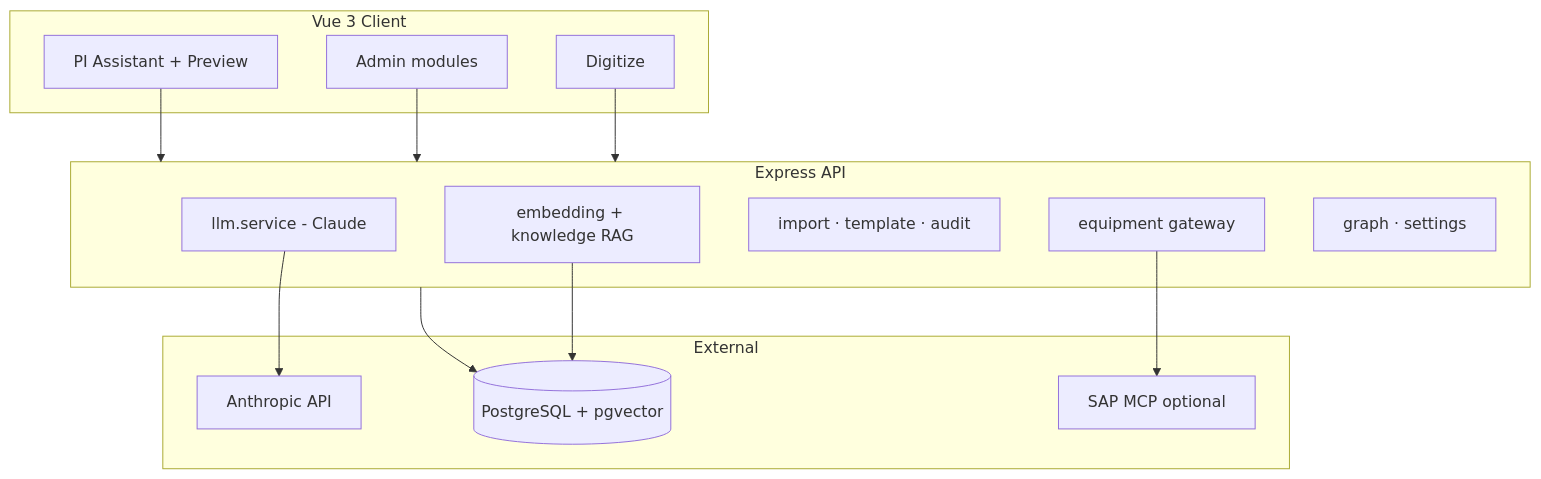
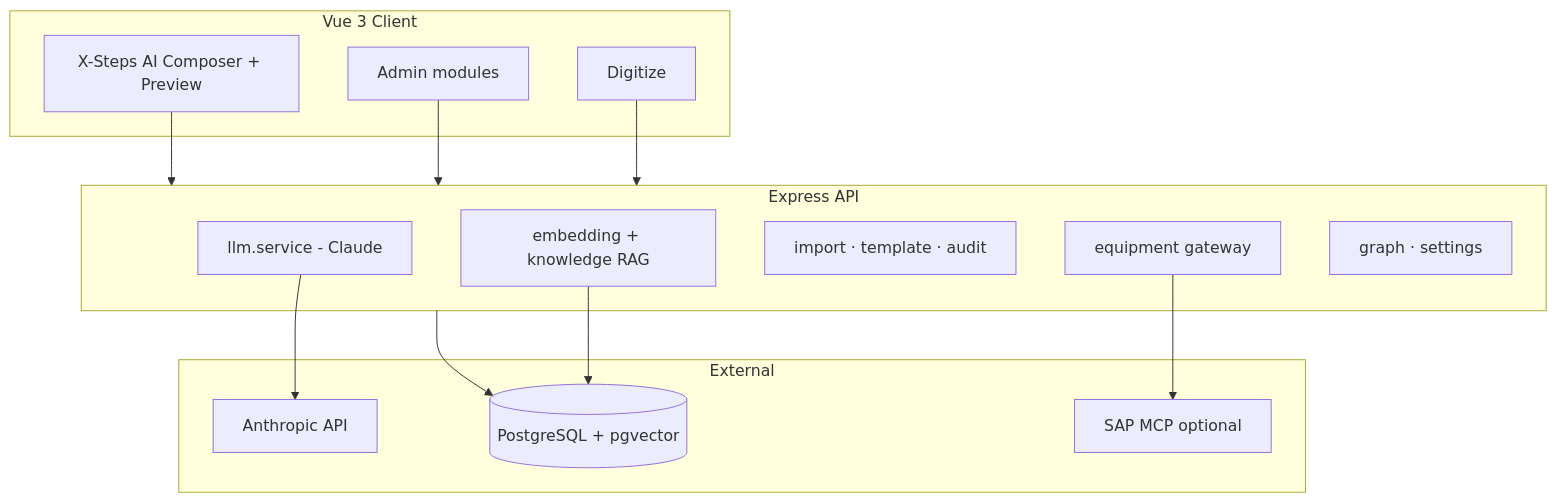
The diagram in docs/DOCUMENTATION.en.md (schmeckm/pi-sheet-generator), drawn with Mermaid before and after one commit. The commit also changed other lines of this file and 41 other files, not shown here.

First line of the commit message:
Add multi-provider LLM settings and rebrand to X-Steps AI Composer

````diff
--- a/docs/DOCUMENTATION.en.md
+++ b/docs/DOCUMENTATION.en.md
@@ -154,27 +154,27 @@
 ```mermaid
 flowchart TB
   subgraph ui [Vue 3 Client]
-    Chat[PI Assistant + Preview]
+    Chat[X-Steps AI Composer + Preview]
     Admin[Admin modules]
     Dig[Digitize]
   end
   subgraph api [Express API]
     LLM[llm.service - Claude]
     RAG[embedding + knowledge RAG]
     Imp[import · template · audit]
     Equ[equipment gateway]
     Graph[graph · settings]
   end
   subgraph ext [External]
     Claude[Anthropic API]
     MCP[SAP MCP optional]
     PG[(PostgreSQL + pgvector)]
   end
   Chat --> api
   Admin --> api
   Dig --> api
   LLM --> Claude
   Equ --> MCP
   api --> PG
   RAG --> PG
 ```
````
